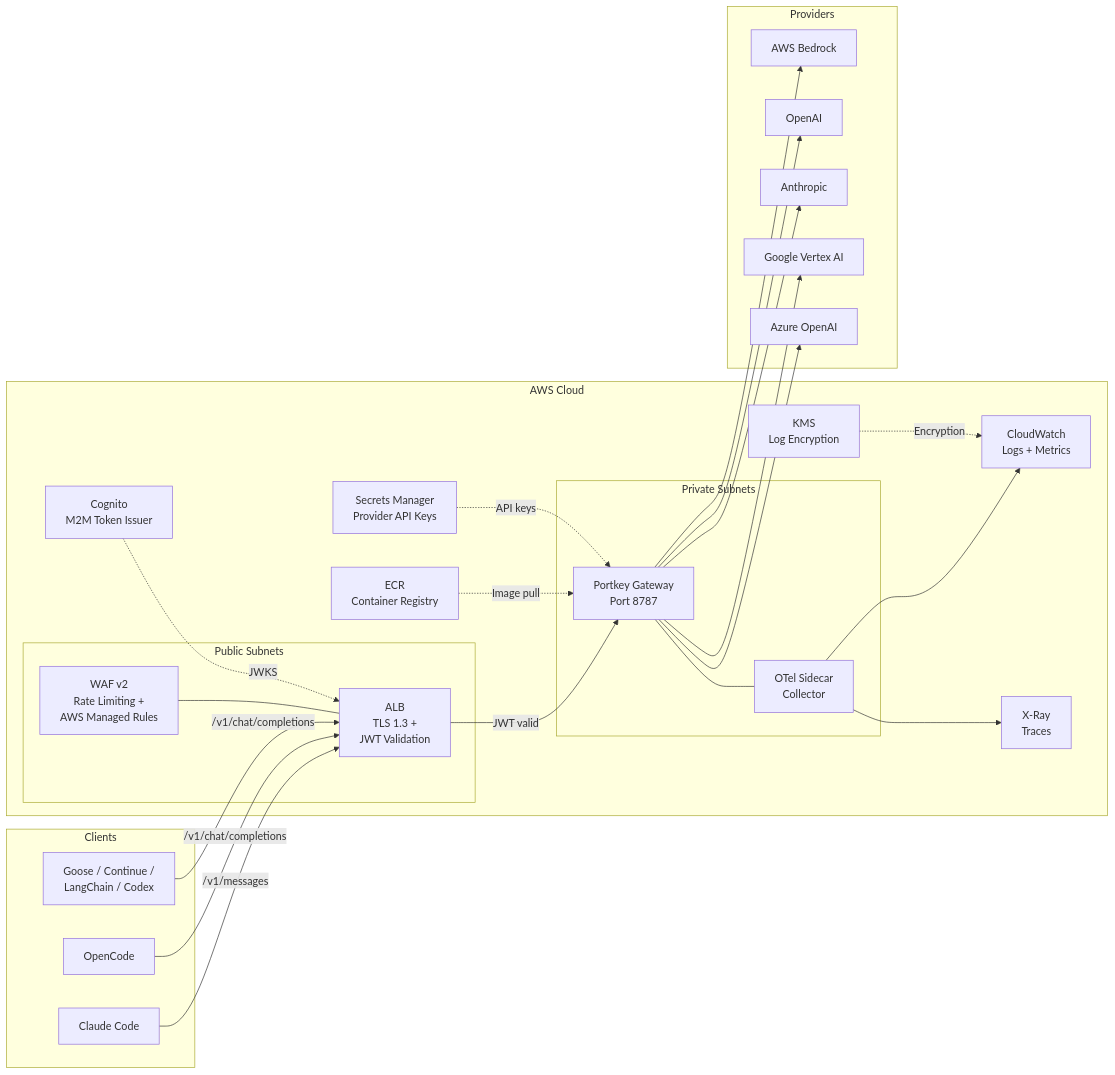
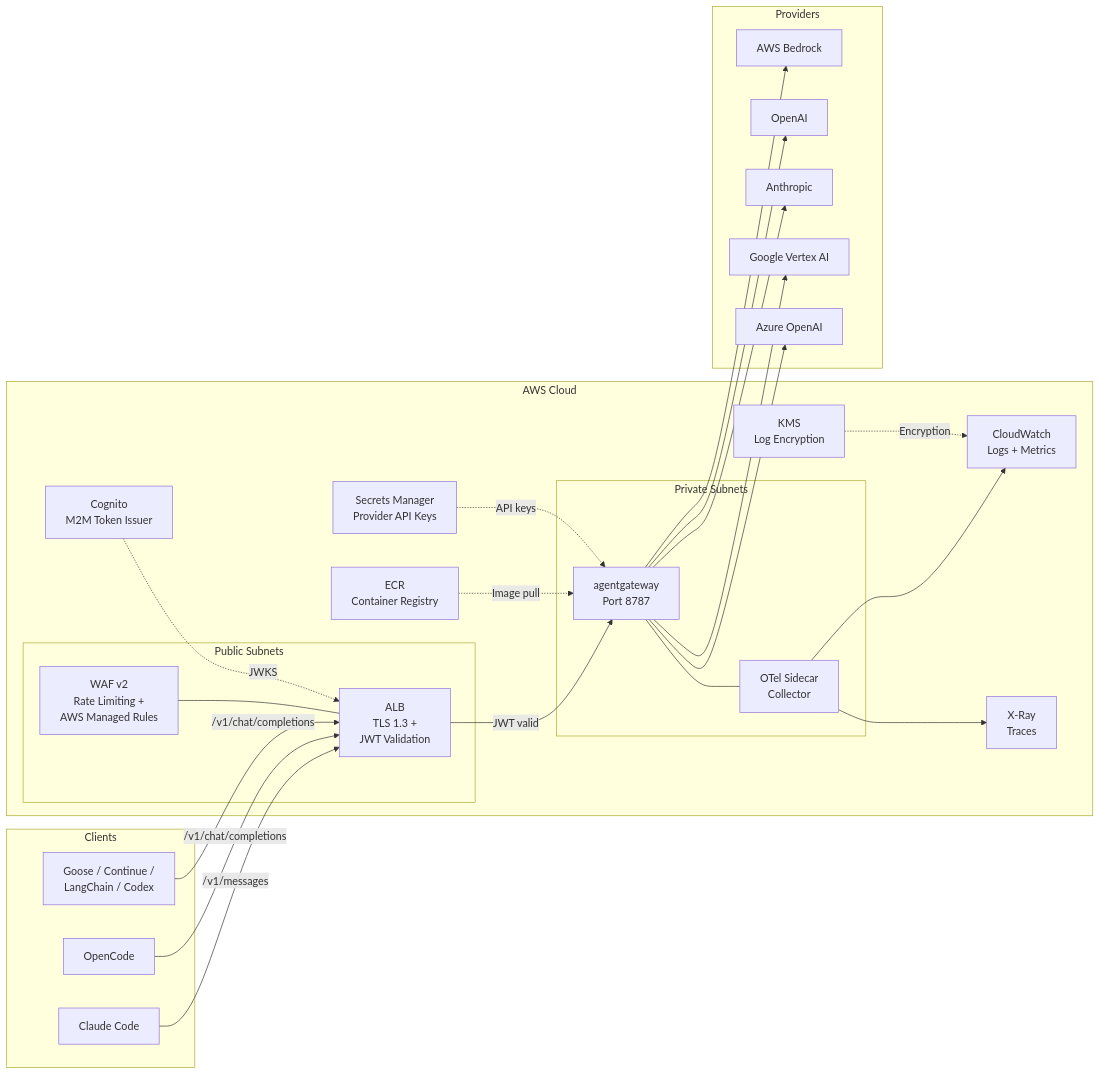
The first of 5 diagrams in docs/src/content/docs/developer-guide/architecture.md (theagenticguy/ai-gateway), drawn with Mermaid before and after one commit. The commit also changed other lines of this file and 28 other files, not shown here.

````diff
--- a/docs/src/content/docs/developer-guide/architecture.md
+++ b/docs/src/content/docs/developer-guide/architecture.md
@@ -13,55 +13,55 @@
 ```mermaid
 flowchart LR
     subgraph Clients
         A1[Claude Code]
         A2[OpenCode]
         A3[Goose / Continue /<br>LangChain / Codex]
     end
 
     subgraph AWS Cloud
         subgraph Public Subnets
             WAF[WAF v2<br>Rate Limiting +<br>AWS Managed Rules]
             ALB[ALB<br>TLS 1.3 +<br>JWT Validation]
         end
 
         subgraph Private Subnets
-            GW[Portkey Gateway<br>Port 8787]
+            GW[agentgateway<br>Port 8787]
             OTEL[OTel Sidecar<br>Collector]
         end
 
         COG[Cognito<br>M2M Token Issuer]
         ECR[ECR<br>Container Registry]
         SM[Secrets Manager<br>Provider API Keys]
         CW[CloudWatch<br>Logs + Metrics]
         XRAY[X-Ray<br>Traces]
         KMS[KMS<br>Log Encryption]
     end
 
     subgraph Providers
         BED[AWS Bedrock]
         OAI[OpenAI]
         ANT[Anthropic]
         GOO[Google Vertex AI]
         AZR[Azure OpenAI]
     end
 
     A1 -->|/v1/messages| ALB
     A2 -->|/v1/chat/completions| ALB
     A3 -->|/v1/chat/completions| ALB
 
     WAF --- ALB
     ALB -->|JWT valid| GW
     COG -.->|JWKS| ALB
     ECR -.->|Image pull| GW
     SM -.->|API keys| GW
     GW --- OTEL
     OTEL --> CW
     OTEL --> XRAY
     KMS -.->|Encryption| CW
 
     GW --> BED
     GW --> OAI
     GW --> ANT
     GW --> GOO
     GW --> AZR
 ```
````
